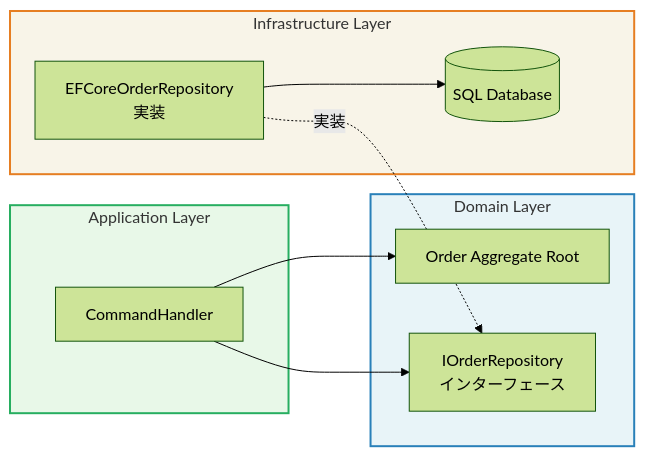
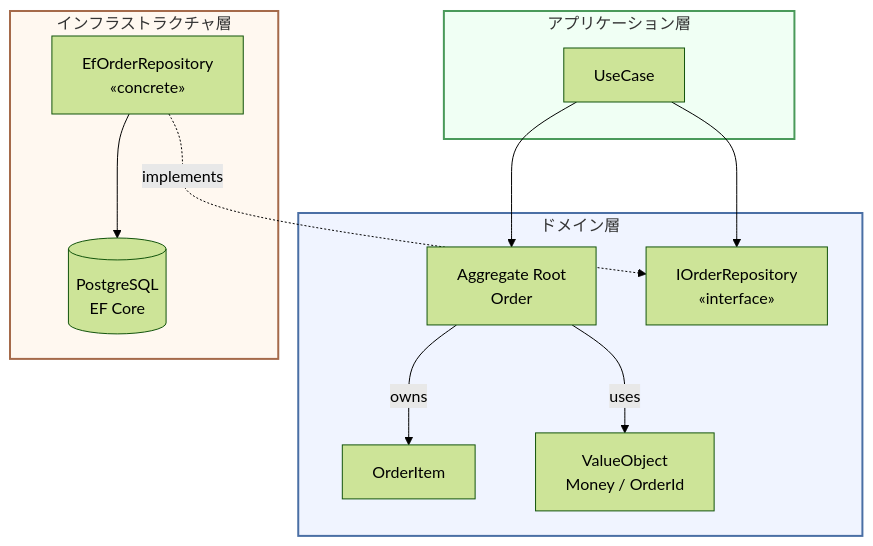
One commit to SakakitaniJunya/zenn-articles changed the first of 2 diagrams in books/ddd-complete-guide/11-repositories.md. Above: the diagram before and after it, drawn with Mermaid (forest theme). The commit also changed other lines of this file and 26 other files, not shown here.

````diff
--- a/books/ddd-complete-guide/11-repositories.md
+++ b/books/ddd-complete-guide/11-repositories.md
@@ -32,25 +134,27 @@
 ```mermaid
-graph LR
-    subgraph Application["Application Layer"]
-        CH[CommandHandler]
+graph TB
+    subgraph ApplicationLayer["アプリケーション層"]
+        UC[UseCase]
     end
 
-    subgraph Domain["Domain Layer"]
-        OR[Order Aggregate Root]
-        IR[IOrderRepository<br/>インターフェース]
+    subgraph DomainLayer["ドメイン層"]
+        AR[Aggregate Root\nOrder]
+        IREPO[IOrderRepository\n«interface»]
+        AR --> |owns| IE[OrderItem]
+        AR --> |uses| VO[ValueObject\nMoney / OrderId]
     end
 
-    subgraph Infrastructure["Infrastructure Layer"]
-        EFR[EFCoreOrderRepository<br/>実装]
-        DB[(SQL Database)]
+    subgraph InfrastructureLayer["インフラストラクチャ層"]
+        REPO[EfOrderRepository\n«concrete»]
+        DB[(PostgreSQL\nEF Core)]
+        REPO --> DB
     end
 
-    CH --> IR
-    CH --> OR
-    EFR .->|実装| IR
-    EFR --> DB
+    UC --> AR
+    UC --> IREPO
+    REPO -.->|implements| IREPO
 
-    style Domain fill:#e8f4f8,stroke:#2980b9,stroke-width:2px
-    style Infrastructure fill:#f8f4e8,stroke:#e67e22,stroke-width:2px
-    style Application fill:#e8f8e8,stroke:#27ae60,stroke-width:2px
+    style DomainLayer fill:#f0f4ff,stroke:#4a6fa5,stroke-width:2px
+    style ApplicationLayer fill:#f0fff4,stroke:#4a9a5a,stroke-width:2px
+    style InfrastructureLayer fill:#fff8f0,stroke:#a56a4a,stroke-width:2px
 ```
````
